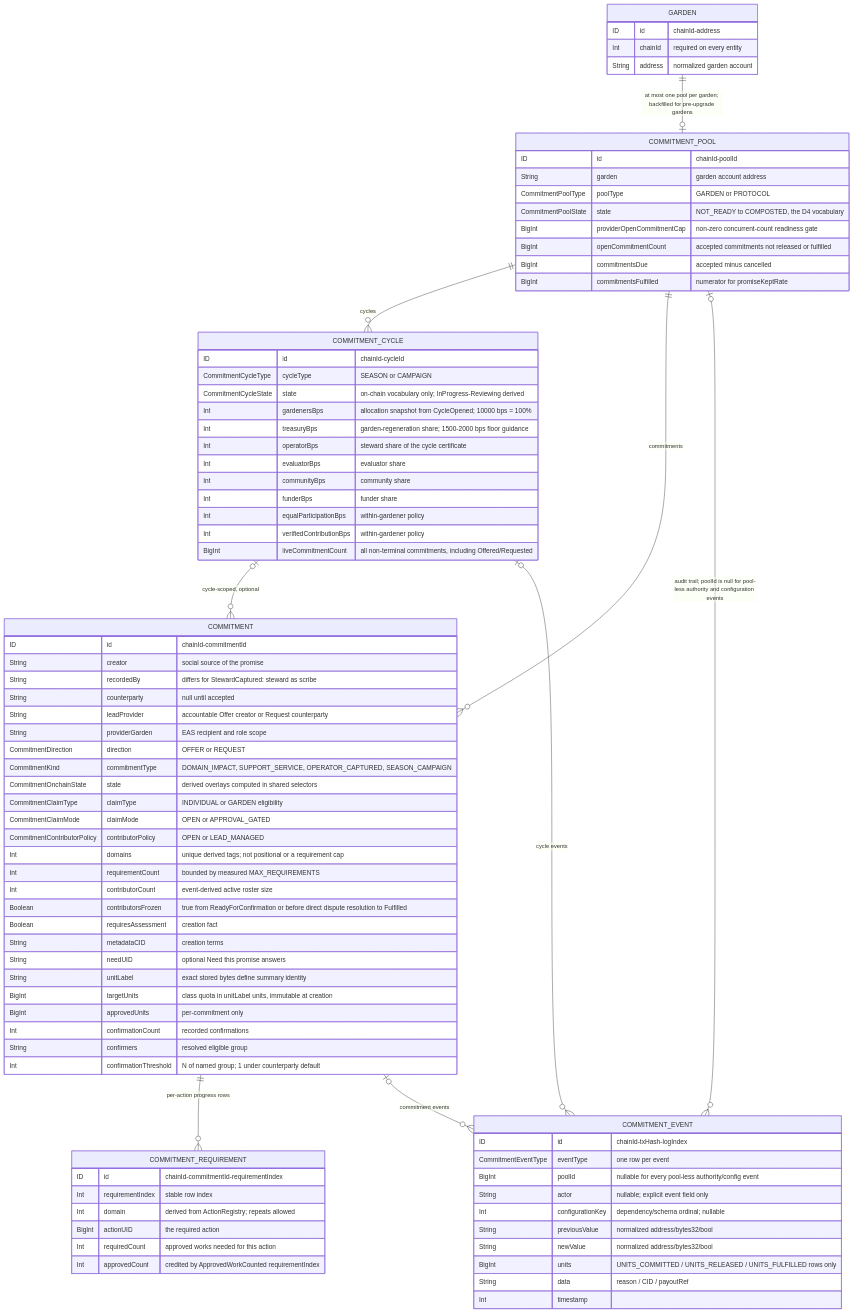
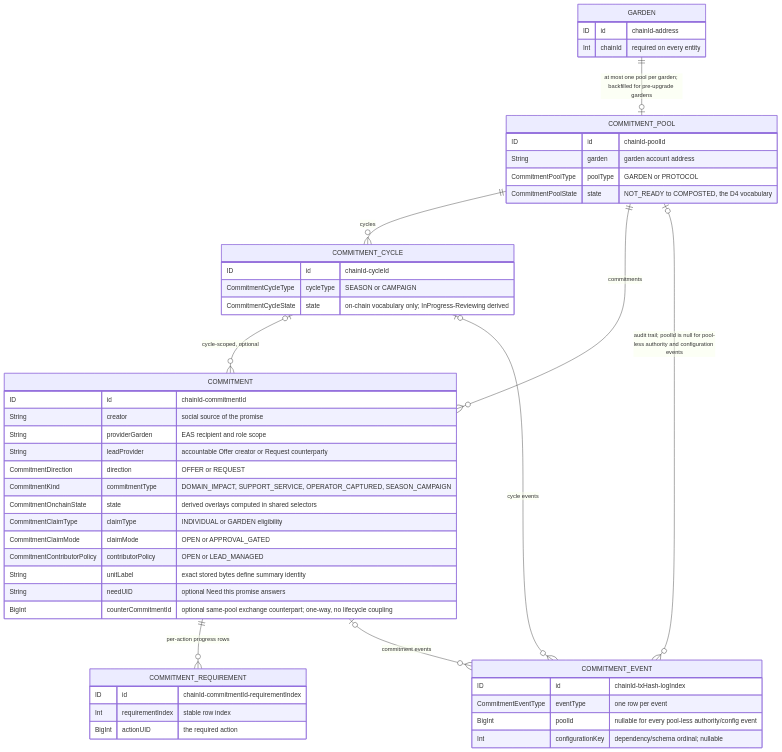
One commit to greenpill-dev-guild/green-goods changed diagram 15 of 38 in .plans/active/commitment-pooling/diagrams.md. Above: the diagram before and after it, drawn with Mermaid. The commit also changed other lines of this file and 46 other files, not shown here.

````diff
--- a/.plans/active/commitment-pooling/diagrams.md
+++ b/.plans/active/commitment-pooling/diagrams.md
@@ -757,7 +762,6 @@
   GARDEN {
     ID id "chainId-address"
     Int chainId "required on every entity"
-    String address "normalized garden account"
   }
 
   COMMITMENT_POOL {
@@ -765,74 +769,40 @@
     String garden "garden account address"
     CommitmentPoolType poolType "GARDEN or PROTOCOL"
     CommitmentPoolState state "NOT_READY to COMPOSTED, the D4 vocabulary"
-    BigInt providerOpenCommitmentCap "non-zero concurrent-count readiness gate"
-    BigInt openCommitmentCount "accepted commitments not released or fulfilled"
-    BigInt commitmentsDue "accepted minus cancelled"
-    BigInt commitmentsFulfilled "numerator for promiseKeptRate"
   }
 
   COMMITMENT_CYCLE {
     ID id "chainId-cycleId"
     CommitmentCycleType cycleType "SEASON or CAMPAIGN"
     CommitmentCycleState state "on-chain vocabulary only; InProgress-Reviewing derived"
-    Int gardenersBps "allocation snapshot from CycleOpened; 10000 bps = 100%"
-    Int treasuryBps "garden-regeneration share; 1500-2000 bps floor guidance"
-    Int operatorBps "steward share of the cycle certificate"
-    Int evaluatorBps "evaluator share"
-    Int communityBps "community share"
-    Int funderBps "funder share"
-    Int equalParticipationBps "within-gardener policy"
-    Int verifiedContributionBps "within-gardener policy"
-    BigInt liveCommitmentCount "all non-terminal commitments, including Offered/Requested"
   }
 
   COMMITMENT {
     ID id "chainId-commitmentId"
     String creator "social source of the promise"
-    String recordedBy "differs for StewardCaptured: steward as scribe"
-    String counterparty "null until accepted"
+    String providerGarden "EAS recipient and role scope"
     String leadProvider "accountable Offer creator or Request counterparty"
-    String providerGarden "EAS recipient and role scope"
     CommitmentDirection direction "OFFER or REQUEST"
     CommitmentKind commitmentType "DOMAIN_IMPACT, SUPPORT_SERVICE, OPERATOR_CAPTURED, SEASON_CAMPAIGN"
     CommitmentOnchainState state "derived overlays computed in shared selectors"
     CommitmentClaimType claimType "INDIVIDUAL or GARDEN eligibility"
     CommitmentClaimMode claimMode "OPEN or APPROVAL_GATED"
     CommitmentContributorPolicy contributorPolicy "OPEN or LEAD_MANAGED"
-    Int domains "unique derived tags; not positional or a requirement cap"
-    Int requirementCount "bounded by measured MAX_REQUIREMENTS"
-    Int contributorCount "event-derived active roster size"
-    Boolean contributorsFrozen "true from ReadyForConfirmation or before direct dispute resolution to Fulfilled"
-    Boolean requiresAssessment "creation fact"
-    String metadataCID "creation terms"
+    String unitLabel "exact stored bytes define summary identity"
     String needUID "optional Need this promise answers"
-    String unitLabel "exact stored bytes define summary identity"
-    BigInt targetUnits "class quota in unitLabel units, immutable at creation"
-    BigInt approvedUnits "per-commitment only"
-    Int confirmationCount "recorded confirmations"
-    String confirmers "resolved eligible group"
-    Int confirmationThreshold "N of named group; 1 under counterparty default"
+    BigInt counterCommitmentId "optional same-pool exchange counterpart; one-way, no lifecycle coupling"
   }
 
   COMMITMENT_REQUIREMENT {
     ID id "chainId-commitmentId-requirementIndex"
     Int requirementIndex "stable row index"
-    Int domain "derived from ActionRegistry; repeats allowed"
     BigInt actionUID "the required action"
-    Int requiredCount "approved works needed for this action"
-    Int approvedCount "credited by ApprovedWorkCounted requirementIndex"
   }
 
   COMMITMENT_EVENT {
     ID id "chainId-txHash-logIndex"
     CommitmentEventType eventType "one row per event"
     BigInt poolId "nullable for every pool-less authority/config event"
-    String actor "nullable; explicit event field only"
     Int configurationKey "dependency/schema ordinal; nullable"
-    String previousValue "normalized address/bytes32/bool"
-    String newValue "normalized address/bytes32/bool"
-    BigInt units "UNITS_COMMITTED / UNITS_RELEASED / UNITS_FULFILLED rows only"
-    String data "reason / CID / payoutRef"
-    Int timestamp ""
   }
 ```
````
